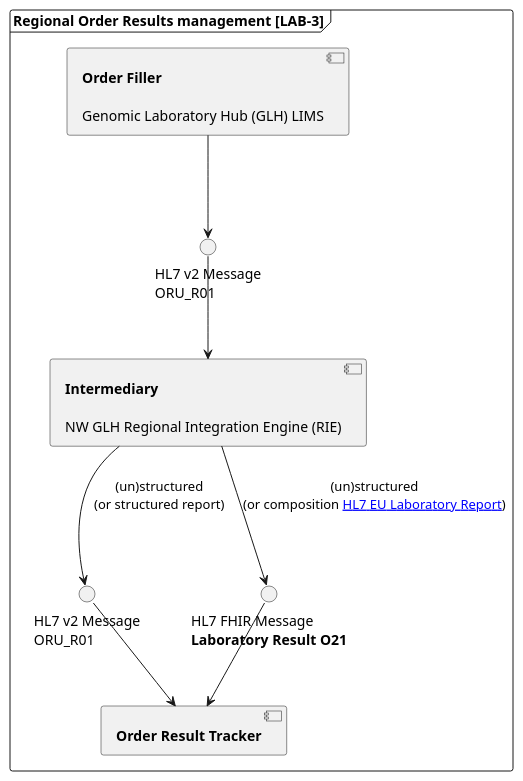
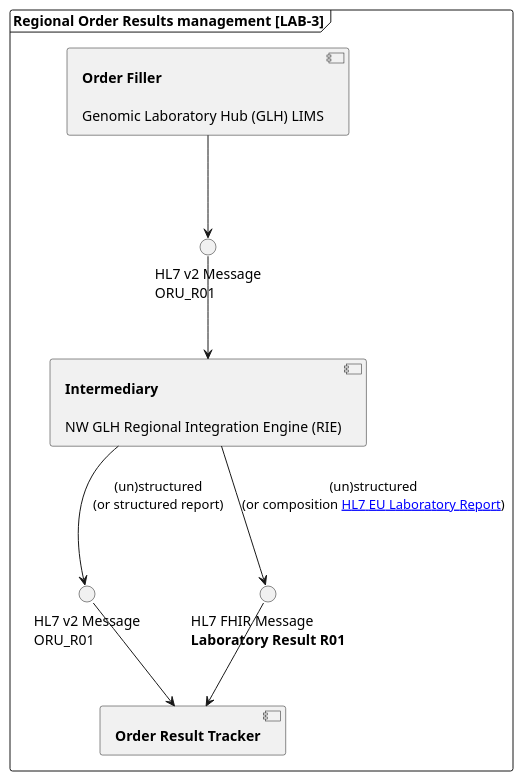
Before and after one commit to nw-gmsa/nw-gmsa.github.com: the diagram in input/images-source/LAB3-component.plantuml, drawn with PlantUML. The commit also changed 1 other file, not shown here.

```diff
--- a/input/images-source/LAB3-component.plantuml
+++ b/input/images-source/LAB3-component.plantuml
@@ -1,29 +1,29 @@
 @startuml
 
 
 frame "Regional Order Results management [LAB-3]" as LAB3 {
 
 component "**Order Filler**\n\nGenomic Laboratory Hub (GLH) LIMS" as LIMS
 
 component "**Intermediary**\n\nNW GLH Regional Integration Engine (RIE)" as TIE
 
 component "**Order Result Tracker**" as user
 
 interface "HL7 v2 Message\nORU_R01" as HL7_ORU1
 
 interface "HL7 v2 Message\nORU_R01" as HL7_ORU2
 
-interface "HL7 FHIR Message\n**Laboratory Result O21**" as HL7_R01
+interface "HL7 FHIR Message\n**Laboratory Result R01**" as HL7_R01
 }
 
 LIMS -d-> HL7_ORU1
 HL7_ORU1 -d-> TIE
 
 
 TIE -d-> HL7_ORU2 : (un)structured\n(or structured report)
 HL7_ORU2 -d-> user
 
 TIE -d-> HL7_R01 : (un)structured\n(or composition [[https://build.fhir.org/ig/hl7-eu/laboratory/ HL7 EU Laboratory Report]])
 HL7_R01 -d-> user
 
 @enduml
```
